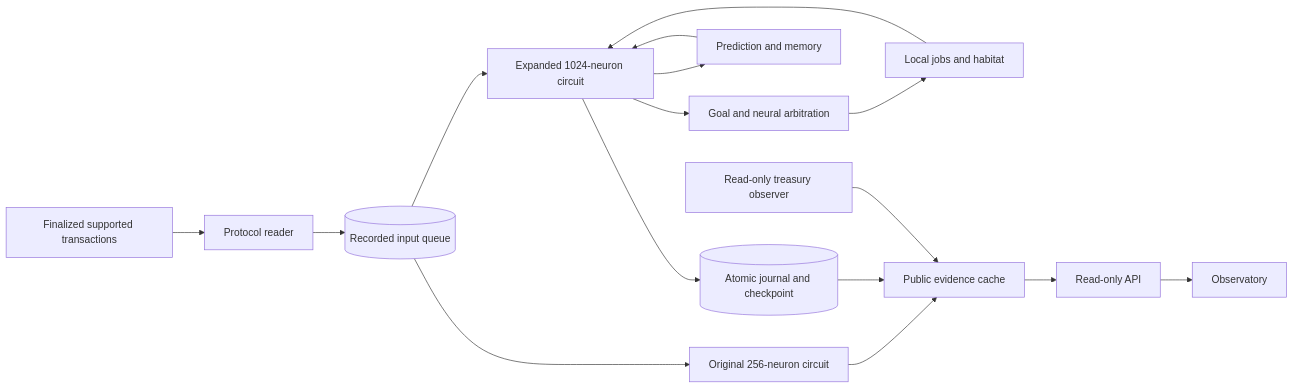
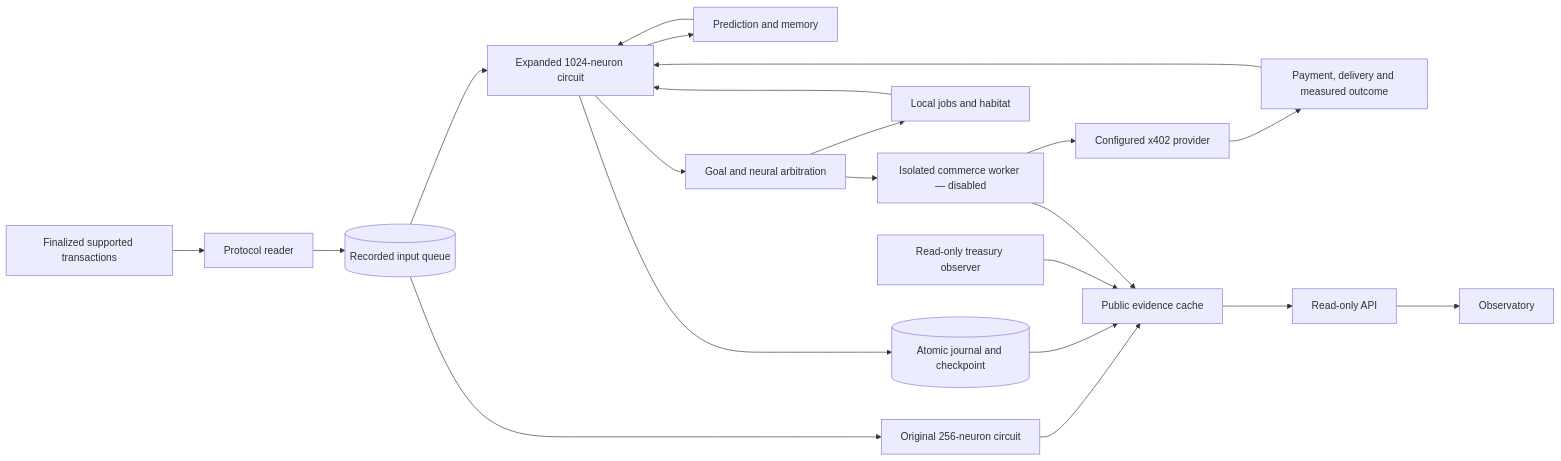
Before and after one commit to trynuria/nuria: the diagram in README.md, drawn with Mermaid. The commit also changed other lines of this file and 38 other files, not shown here.

Commit message:
Add isolated x402 purchases and measured outcome accounting

````diff
--- a/README.md
+++ b/README.md
@@ -61,18 +63,23 @@
 ```mermaid
 flowchart LR
   Solana[Finalized supported transactions] --> Reader[Protocol reader]
   Reader --> Inputs[(Recorded input queue)]
   Inputs --> Original[Original 256-neuron circuit]
   Inputs --> Cognition[Expanded 1024-neuron circuit]
   Cognition --> Learning[Prediction and memory]
   Learning --> Cognition
   Cognition --> Actions[Goal and neural arbitration]
   Actions --> Jobs[Local jobs and habitat]
   Jobs --> Cognition
   Cognition --> Journal[(Atomic journal and checkpoint)]
   Original --> Cache[Public evidence cache]
   Journal --> Cache
   Observer[Read-only treasury observer] --> Cache
+  Actions --> Commerce[Isolated commerce worker — disabled]
+  Commerce --> Provider[Configured x402 provider]
+  Provider --> Results[Payment, delivery and measured outcome]
+  Results --> Cognition
+  Commerce --> Cache
   Cache --> API[Read-only API]
   API --> UI[Observatory]
 ```
````
